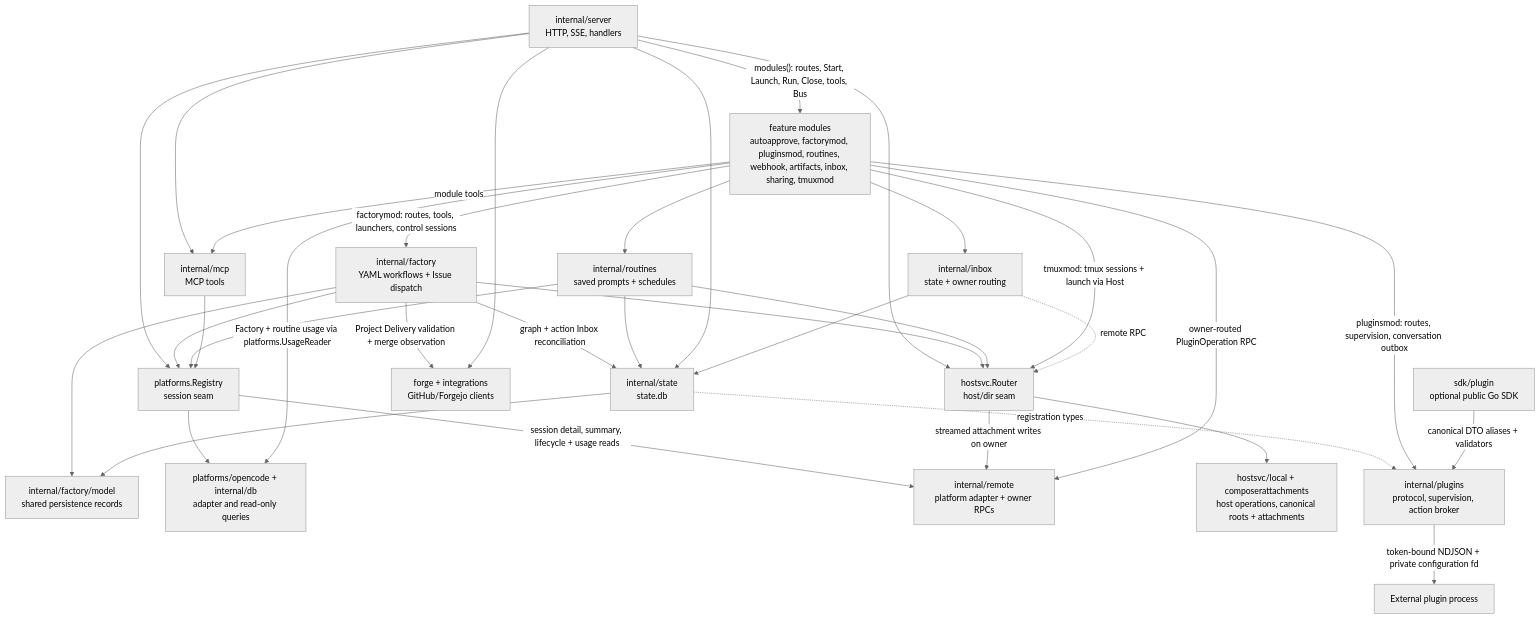
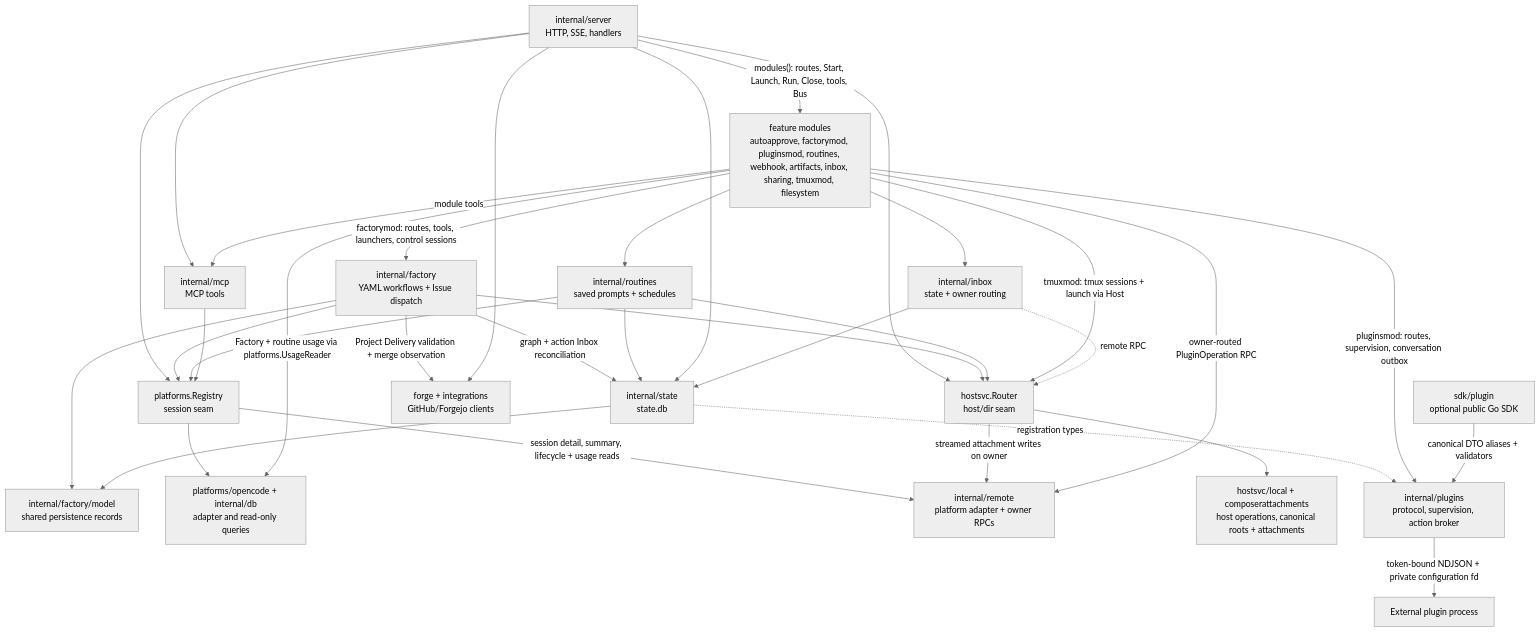
One commit to ocman/ocman changed the third of 5 diagrams in docs/other/architecture.md. Above: the diagram before and after it, drawn with Mermaid (neutral theme). The commit also changed other lines of this file and 19 other files, not shown here.

First line of the commit message:
refactor(filesystem): extract directory browsing, signed files and repo file reads into a feature module

````diff
--- a/docs/other/architecture.md
+++ b/docs/other/architecture.md
@@ -175,36 +175,36 @@
 ```mermaid
 flowchart TD
     Server[internal/server<br/>HTTP, SSE, handlers] --> Registry[platforms.Registry<br/>session seam]
     Server --> Router[hostsvc.Router<br/>host/dir seam]
-    Server -->|"modules(): routes, Start, Launch, Run, Close, tools, Bus"| Modules[feature modules<br/>autoapprove, factorymod, pluginsmod, routines, webhook, artifacts, inbox, sharing, tmuxmod]
+    Server -->|"modules(): routes, Start, Launch, Run, Close, tools, Bus"| Modules[feature modules<br/>autoapprove, factorymod, pluginsmod, routines, webhook, artifacts, inbox, sharing, tmuxmod, filesystem]
     Modules --> Routines[internal/routines<br/>saved prompts + schedules]
     Modules -->|"factorymod: routes, tools, launchers, control sessions"| Factory[internal/factory<br/>YAML workflows + Issue dispatch]
     Factory --> FactoryModel[internal/factory/model<br/>shared persistence records]
     Factory -->|graph + action Inbox reconciliation| State
     State --> FactoryModel
     Factory --> Registry
     Factory --> Router
     Factory -->|Project Delivery validation + merge observation| Forge
     Routines --> Registry
     Routines --> Router
     Modules -->|"tmuxmod: tmux sessions + launch via Host"| Router
     Routines --> State
     Server --> MCP[internal/mcp<br/>MCP tools]
     Modules -->|module tools| MCP
     Modules --> Inbox[internal/inbox<br/>state + owner routing]
     MCP --> Registry
     Registry --> OC[platforms/opencode + internal/db<br/>adapter and read-only queries]
     Modules -->|Factory + routine usage via platforms.UsageReader| OC
     Registry -->|session detail, summary, lifecycle + usage reads| RP[internal/remote<br/>platform adapter + owner RPCs]
     Router --> Local[hostsvc/local + composerattachments<br/>host operations, canonical roots + attachments]
     Router -->|streamed attachment writes on owner| RP
     Server --> State[internal/state<br/>state.db]
     Inbox --> State
     Inbox -.->|remote RPC| Router
     Server --> Forge[forge + integrations<br/>GitHub/Forgejo clients]
     State -.->|registration types| Plugins[internal/plugins<br/>protocol, supervision, action broker]
     Modules -->|"pluginsmod: routes, supervision, conversation outbox"| Plugins
     Plugins -->|token-bound NDJSON + private configuration fd| PluginExec[External plugin process]
     Modules -->|owner-routed PluginOperation RPC| RP
     PluginSDK[sdk/plugin<br/>optional public Go SDK] -->|canonical DTO aliases + validators| Plugins
 ```
````
